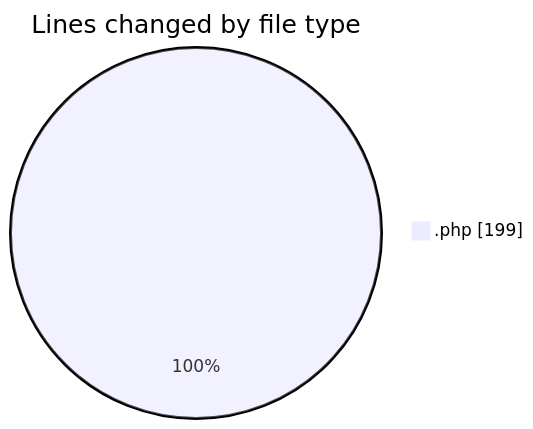
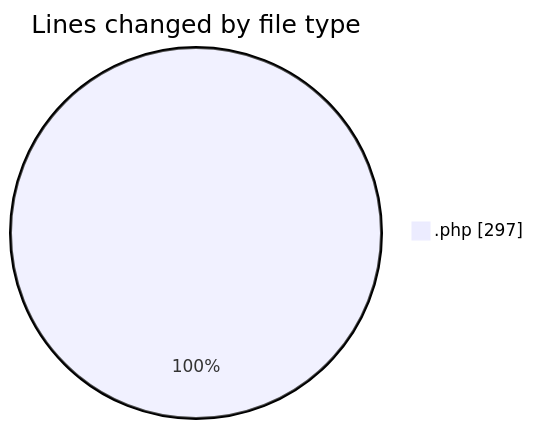
One commit to debugP/code-tracking changed the first of 2 diagrams in 2025-10-08/untitled__workspace_/README.md. Above: the diagram before and after it, drawn with Mermaid. The commit also changed other lines of this file and 1 other file, not shown here.

````diff
--- a/2025-10-08/untitled__workspace_/README.md
+++ b/2025-10-08/untitled__workspace_/README.md
@@ -21,5 +21,5 @@
 ```mermaid
 pie showData
 title Lines changed by file type
-".php" : 199
+".php" : 297
 ```
````
